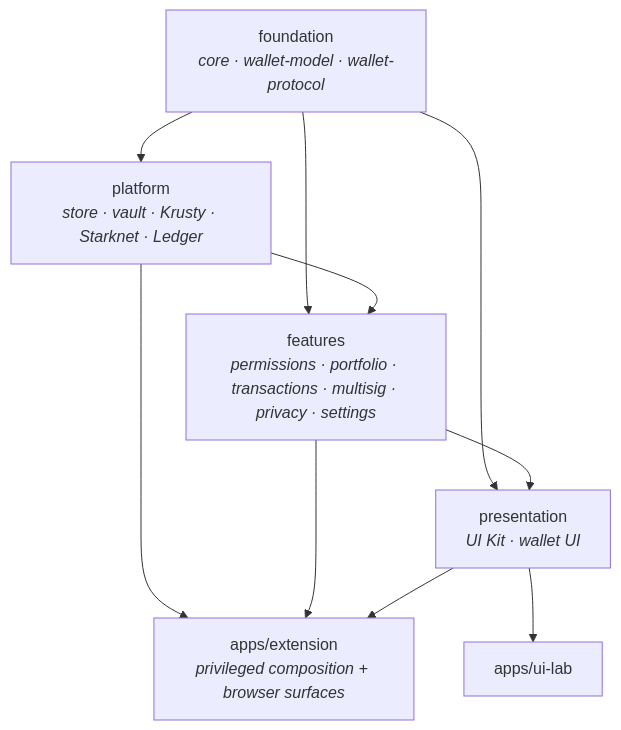
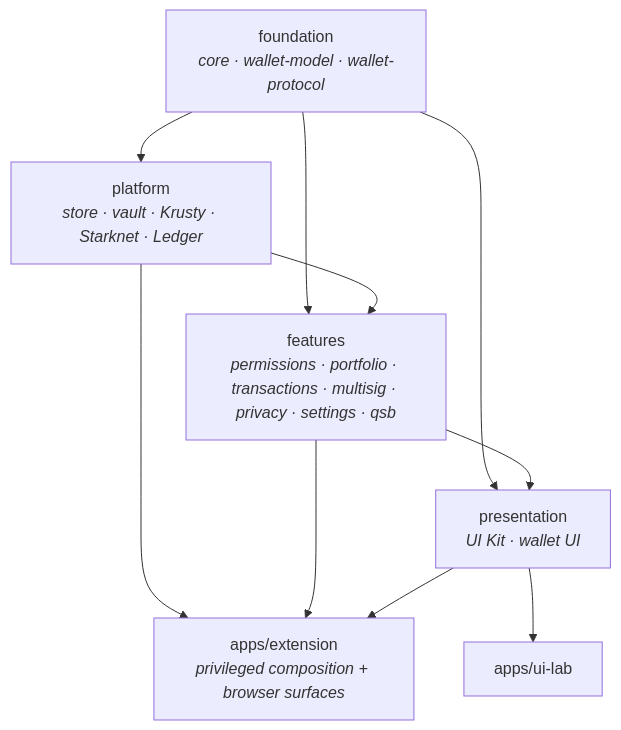
Before and after one commit to starknet-innovation/bramble: the first of 2 diagrams in docs/ENGINEERING.md, drawn with Mermaid. The commit also changed 6 other files, not shown here.

````diff
--- a/docs/ENGINEERING.md
+++ b/docs/ENGINEERING.md
@@ -50,19 +50,19 @@
 ```mermaid
 flowchart TD
     foundation["foundation<br/><i>core · wallet-model · wallet-protocol</i>"]
     platform["platform<br/><i>store · vault · Krusty · Starknet · Ledger</i>"]
-    features["features<br/><i>permissions · portfolio · transactions · multisig · privacy · settings</i>"]
+    features["features<br/><i>permissions · portfolio · transactions · multisig · privacy · settings · qsb</i>"]
     presentation["presentation<br/><i>UI Kit · wallet UI</i>"]
     extension["apps/extension<br/><i>privileged composition + browser surfaces</i>"]
     lab["apps/ui-lab"]
 
     foundation --> platform
     foundation --> features
     platform --> features
     foundation --> presentation
     features --> presentation
     platform --> extension
     features --> extension
     presentation --> extension
     presentation --> lab
 ```
````
